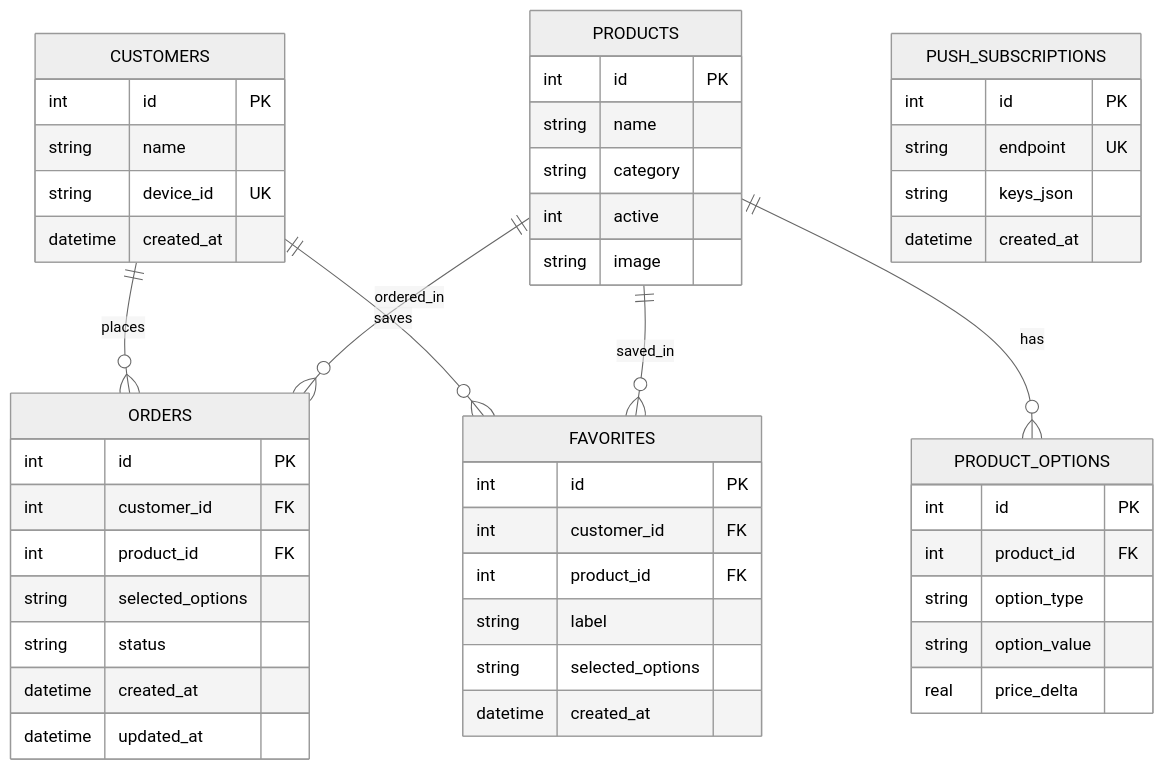
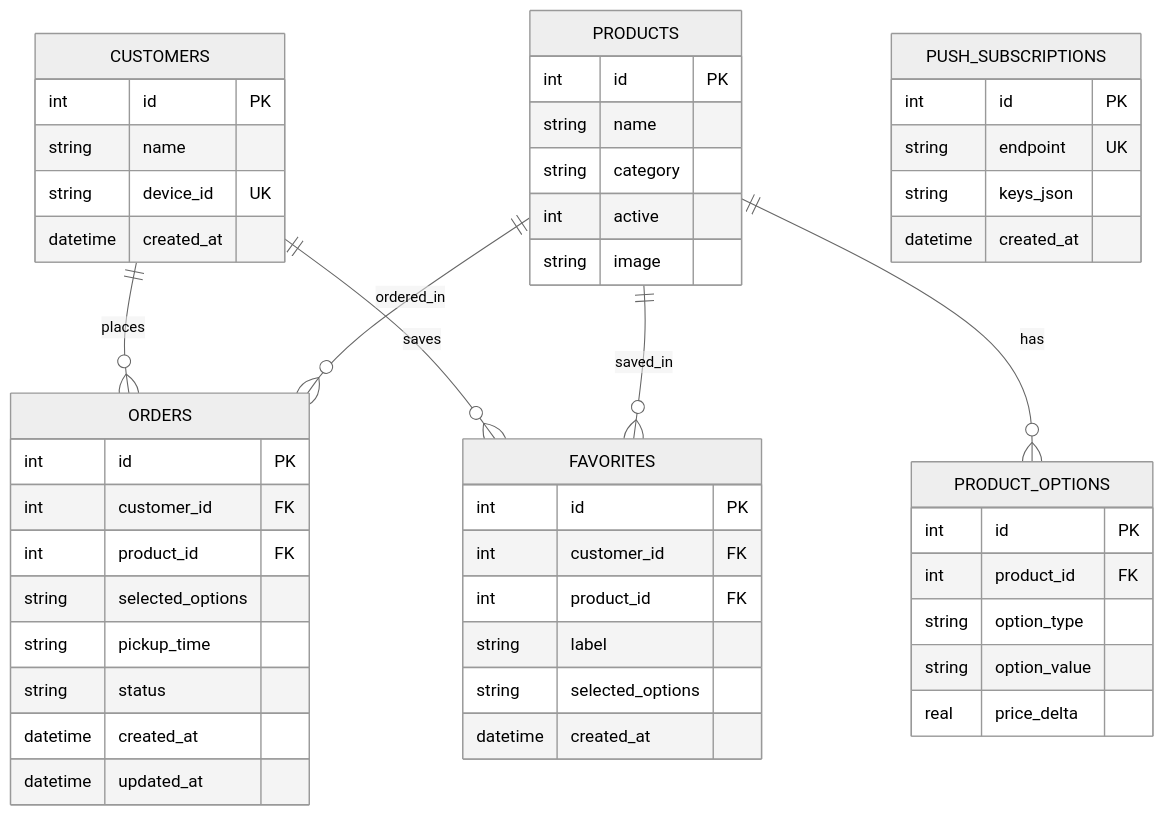
One commit to nkourouklis-dev/brunathens changed the second of 2 diagrams in docs/ARCHITECTURE.md. Above: the diagram before and after it, drawn with Mermaid (neutral theme). The commit also changed 6 other files, not shown here.

First line of the commit message:
Add pickup time selection to orders

````diff
--- a/docs/ARCHITECTURE.md
+++ b/docs/ARCHITECTURE.md
@@ -94,52 +94,53 @@
 ```mermaid
 erDiagram
     CUSTOMERS ||--o{ ORDERS : places
     CUSTOMERS ||--o{ FAVORITES : saves
     PRODUCTS ||--o{ ORDERS : ordered_in
     PRODUCTS ||--o{ FAVORITES : saved_in
     PRODUCTS ||--o{ PRODUCT_OPTIONS : has
 
     CUSTOMERS {
         int id PK
         string name
         string device_id UK
         datetime created_at
     }
     PRODUCTS {
         int id PK
         string name
         string category
         int active
         string image
     }
     PRODUCT_OPTIONS {
         int id PK
         int product_id FK
         string option_type
         string option_value
         real price_delta
     }
     ORDERS {
         int id PK
         int customer_id FK
         int product_id FK
         string selected_options
+        string pickup_time
         string status
         datetime created_at
         datetime updated_at
     }
     FAVORITES {
         int id PK
         int customer_id FK
         int product_id FK
         string label
         string selected_options
         datetime created_at
     }
     PUSH_SUBSCRIPTIONS {
         int id PK
         string endpoint UK
         string keys_json
         datetime created_at
     }
 ```
````
